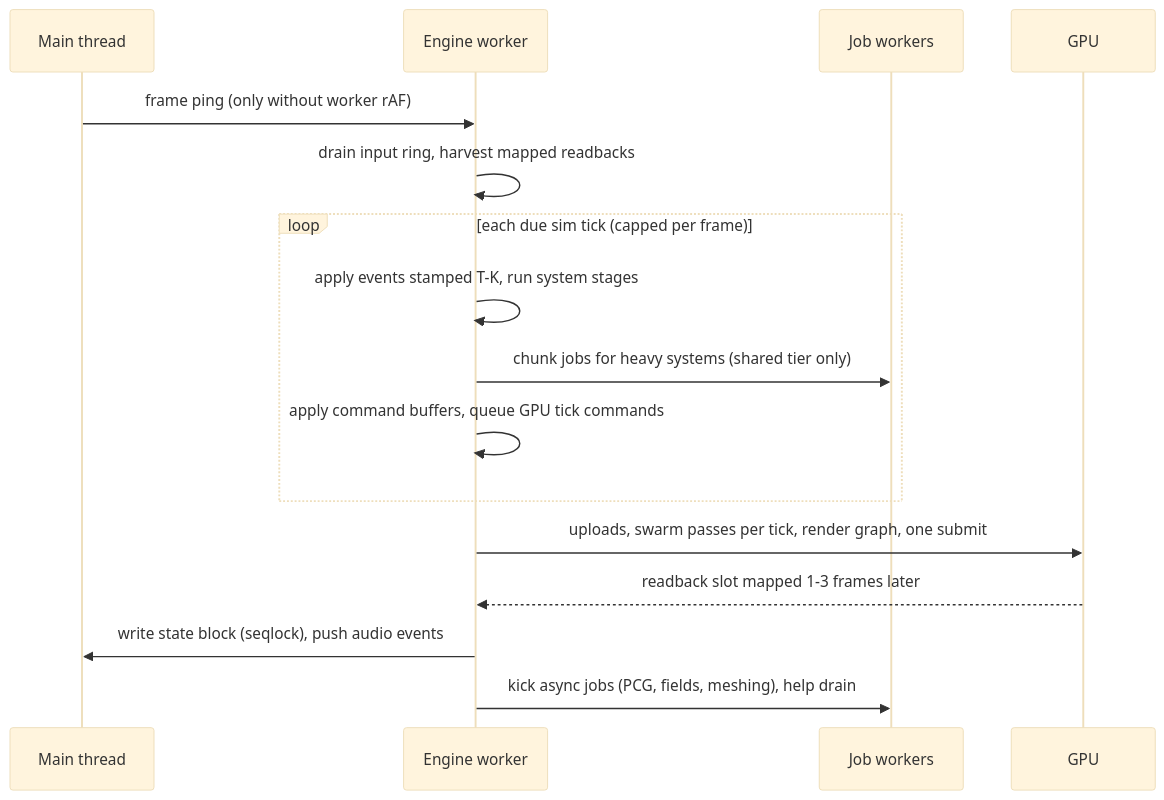
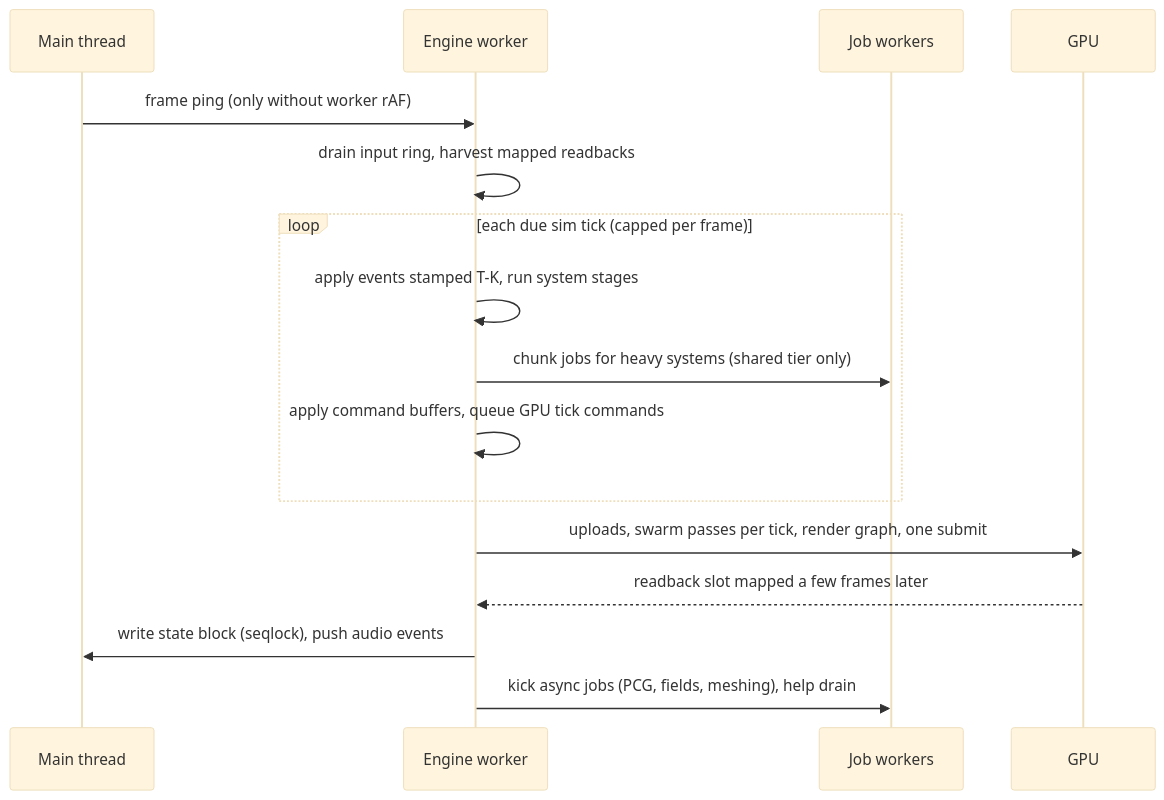
Before and after one commit to Doppelkeks/prophet: the second of 2 diagrams in docs/engine/01-overview.md, drawn with Mermaid (base theme). The commit also changed other lines of this file and 5 other files, not shown here.

````diff
--- a/docs/engine/01-overview.md
+++ b/docs/engine/01-overview.md
@@ -114,18 +114,18 @@
 ```mermaid
 sequenceDiagram
   participant M as Main thread
   participant E as Engine worker
   participant J as Job workers
   participant G as GPU
   M->>E: frame ping (only without worker rAF)
   E->>E: drain input ring, harvest mapped readbacks
   loop each due sim tick (capped per frame)
     E->>E: apply events stamped T-K, run system stages
     E->>J: chunk jobs for heavy systems (shared tier only)
     E->>E: apply command buffers, queue GPU tick commands
   end
   E->>G: uploads, swarm passes per tick, render graph, one submit
-  G-->>E: readback slot mapped 1-3 frames later
+  G-->>E: readback slot mapped a few frames later
   E->>M: write state block (seqlock), push audio events
   E->>J: kick async jobs (PCG, fields, meshing), help drain
 ```
````
